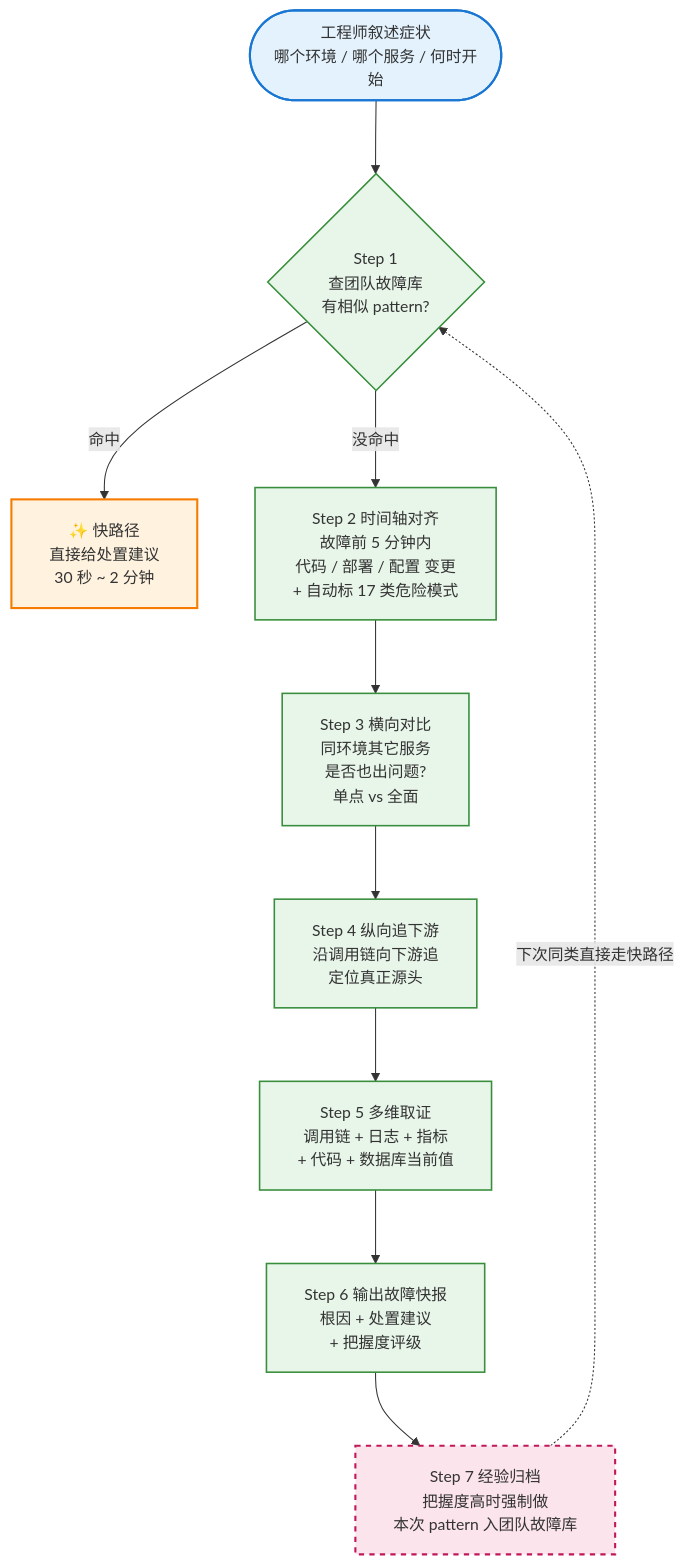
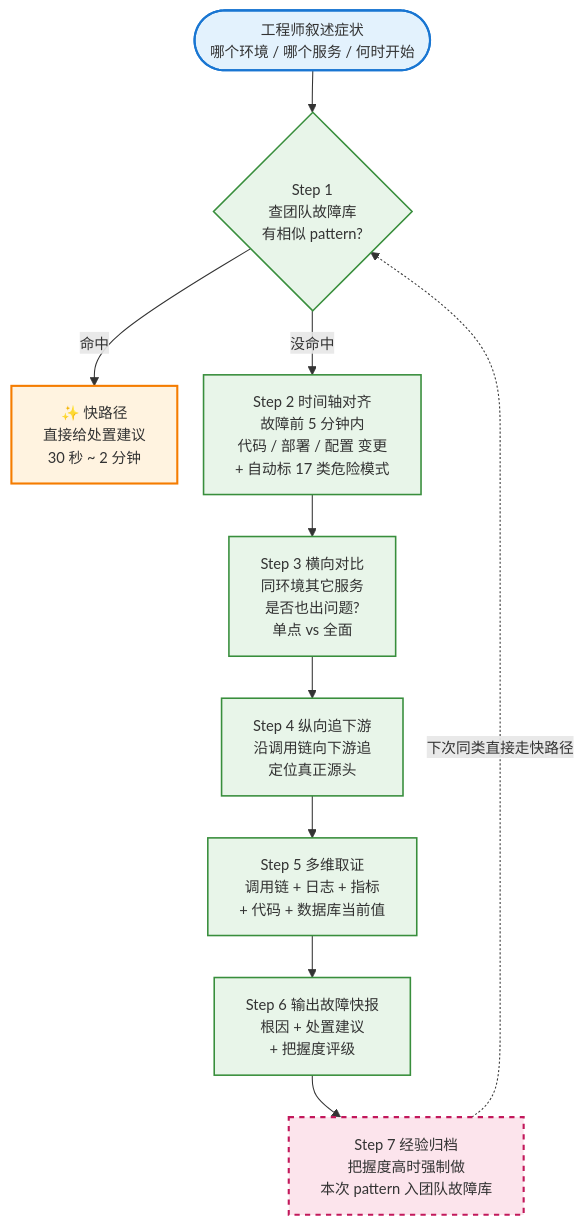
The second of 2 diagrams in docs/agent-application.md (452562082/troubleshooter-studio), drawn with Mermaid before and after one commit. The commit also changed other lines of this file and 1 other file, not shown here.

First line of the commit message:
流程图改紧凑布局:不嵌套 subgraph,默认间距小一半

````diff
--- a/docs/agent-application.md
+++ b/docs/agent-application.md
@@ -137,23 +101,23 @@
 ```mermaid
-%%{init: {'flowchart': {'nodeSpacing': 55, 'rankSpacing': 70, 'padding': 18}, 'themeVariables': {'fontSize': '15px'}}}%%
+%%{init: {'flowchart': {'nodeSpacing': 25, 'rankSpacing': 40}, 'themeVariables': {'fontSize': '14px'}}}%%
 flowchart TB
     classDef step fill:#e8f5e9,stroke:#388e3c,stroke-width:1.5px
     classDef fast fill:#fff3e0,stroke:#f57c00,stroke-width:2px
     classDef start fill:#e3f2fd,stroke:#1976d2,stroke-width:2px
     classDef loop fill:#fce4ec,stroke:#c2185b,stroke-width:2px,stroke-dasharray:5
 
     Start(["工程师叙述症状<br/>哪个环境 / 哪个服务 / 何时开始"]):::start
     S1{"Step 1<br/>查团队故障库<br/>有相似 pattern?"}:::step
     Fast["✨ 快路径<br/>直接给处置建议<br/>30 秒 ~ 2 分钟"]:::fast
     S2["Step 2 时间轴对齐<br/>故障前 5 分钟内<br/>代码 / 部署 / 配置 变更<br/>+ 自动标 17 类危险模式"]:::step
     S3["Step 3 横向对比<br/>同环境其它服务<br/>是否也出问题?<br/>单点 vs 全面"]:::step
     S4["Step 4 纵向追下游<br/>沿调用链向下游追<br/>定位真正源头"]:::step
     S5["Step 5 多维取证<br/>调用链 + 日志 + 指标<br/>+ 代码 + 数据库当前值"]:::step
     S6["Step 6 输出故障快报<br/>根因 + 处置建议<br/>+ 把握度评级"]:::step
     S7["Step 7 经验归档<br/>把握度高时强制做<br/>本次 pattern 入团队故障库"]:::loop
 
     Start --> S1
     S1 -->|命中| Fast
     S1 -->|没命中| S2 --> S3 --> S4 --> S5 --> S6 --> S7
     S7 -.下次同类直接走快路径.-> S1
 ```
````
